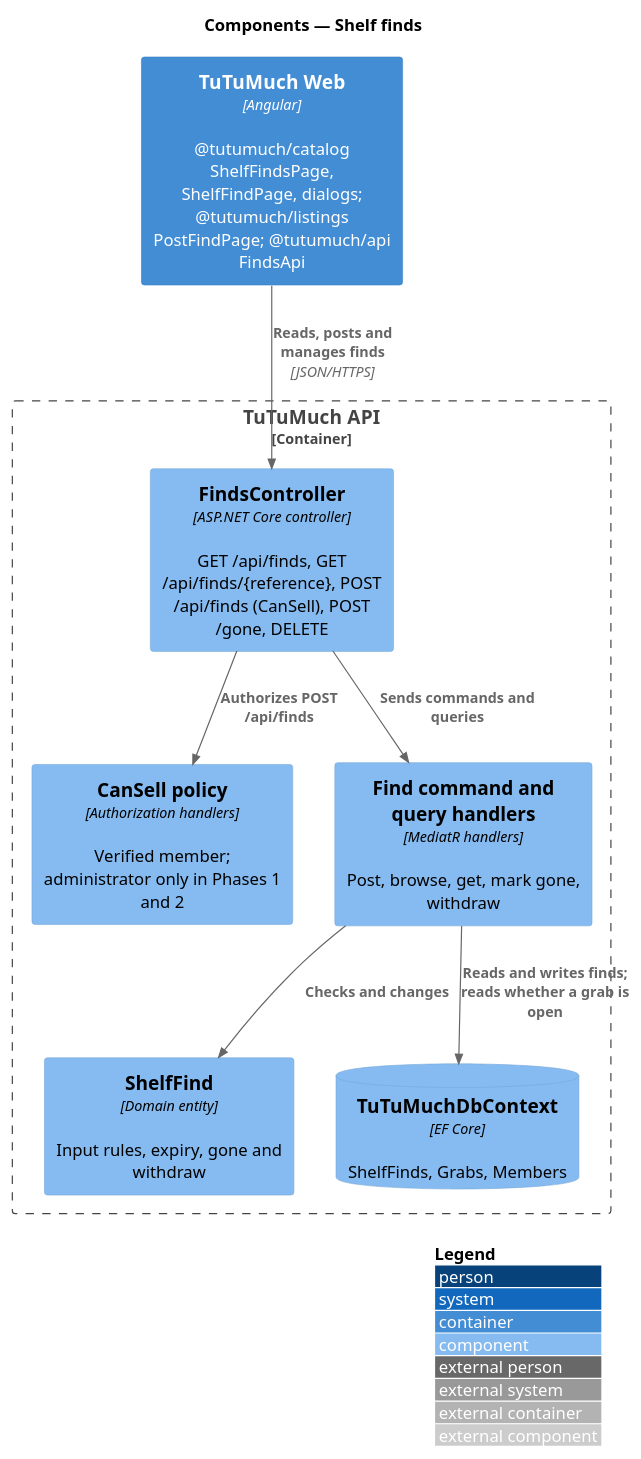
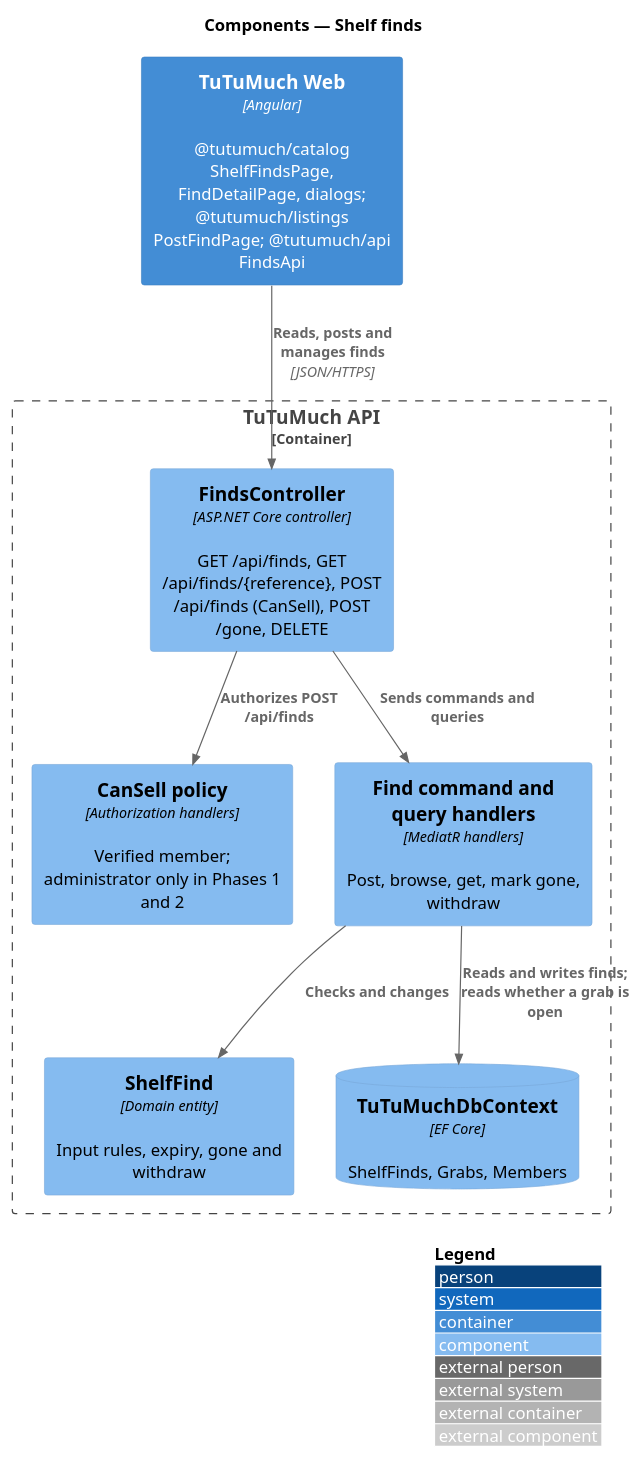
The diagram in docs/detailed-designs/catalog/shelf-finds/diagrams/c4-component.puml (QuinntyneBrown/tutumuch), drawn with PlantUML before and after one commit. The commit also changed 24 other files, not shown here.

First line of the commit message:
Shelf finds and grabs: estimates at their true completion, changelog entry, and the designs, specs, ADR and screen composition aligned with what was built

```diff
--- a/docs/detailed-designs/catalog/shelf-finds/diagrams/c4-component.puml
+++ b/docs/detailed-designs/catalog/shelf-finds/diagrams/c4-component.puml
@@ -1,20 +1,20 @@
 @startuml
 !include <C4/C4_Component>
 LAYOUT_WITH_LEGEND()
 title Components — Shelf finds
 
-Container(web, "TuTuMuch Web", "Angular", "@tutumuch/catalog ShelfFindsPage, ShelfFindPage, dialogs; @tutumuch/listings PostFindPage; @tutumuch/api FindsApi")
+Container(web, "TuTuMuch Web", "Angular", "@tutumuch/catalog ShelfFindsPage, FindDetailPage, dialogs; @tutumuch/listings PostFindPage; @tutumuch/api FindsApi")
 Container_Boundary(api, "TuTuMuch API") {
   Component(controller, "FindsController", "ASP.NET Core controller", "GET /api/finds, GET /api/finds/{reference}, POST /api/finds (CanSell), POST /gone, DELETE")
   Component(policy, "CanSell policy", "Authorization handlers", "Verified member; administrator only in Phases 1 and 2")
   Component(handlers, "Find command and query handlers", "MediatR handlers", "Post, browse, get, mark gone, withdraw")
   Component(domain, "ShelfFind", "Domain entity", "Input rules, expiry, gone and withdraw")
   ComponentDb(db, "TuTuMuchDbContext", "EF Core", "ShelfFinds, Grabs, Members")
 }
 
 Rel(web, controller, "Reads, posts and manages finds", "JSON/HTTPS")
 Rel(controller, policy, "Authorizes POST /api/finds")
 Rel(controller, handlers, "Sends commands and queries")
 Rel(handlers, domain, "Checks and changes")
 Rel(handlers, db, "Reads and writes finds; reads whether a grab is open")
 @enduml
```
